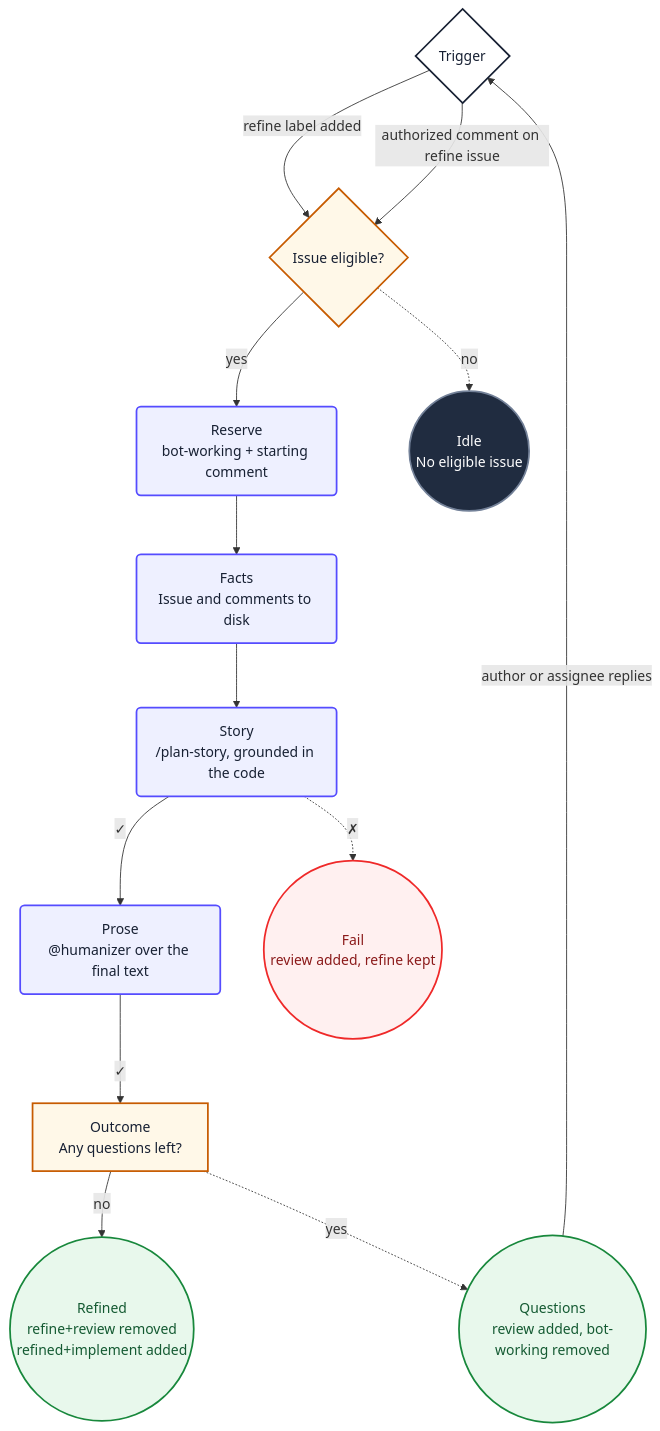
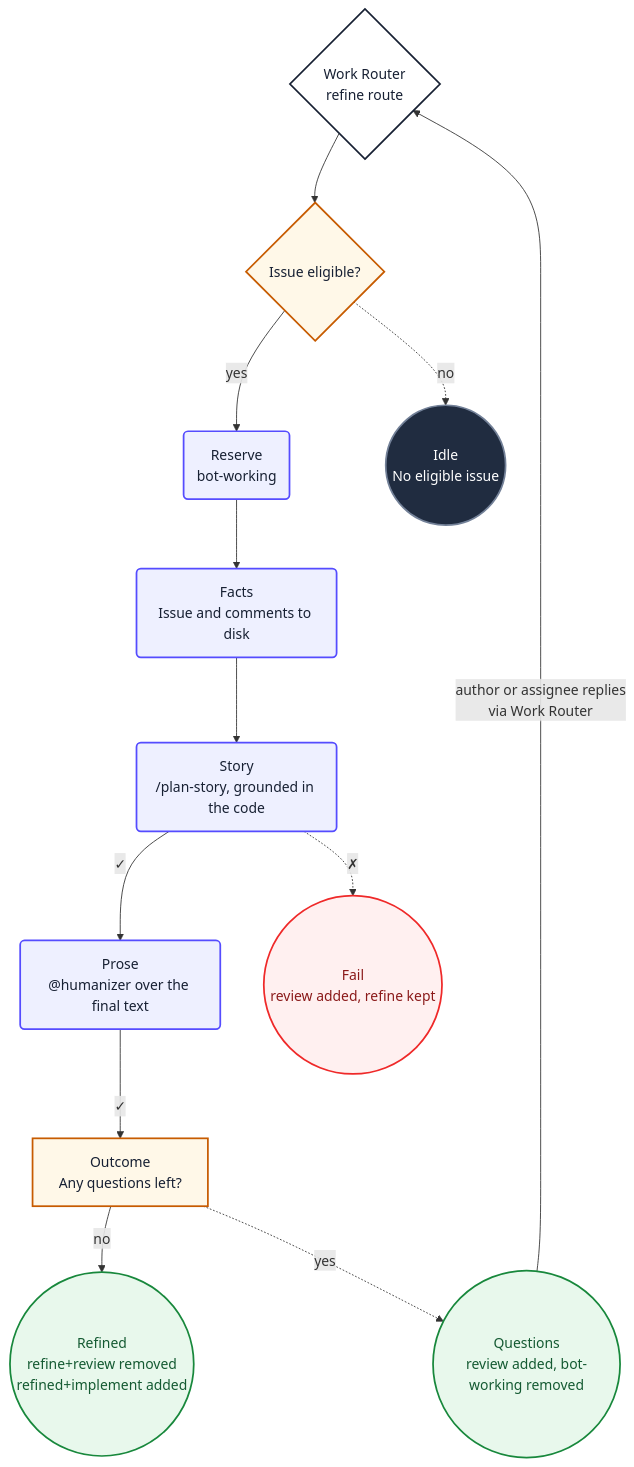
The diagram in ai/workflows/refine.md (PlainConceptsPlatform/Foundations), drawn with Mermaid before and after one commit. The commit also changed other lines of this file and 29 other files, not shown here.

````diff
--- a/ai/workflows/refine.md
+++ b/ai/workflows/refine.md
@@ -332,34 +232,32 @@
 ```mermaid
 flowchart TD
-    refStart{"Trigger"}
-    refStart -->|refine label added| refPick
-    refStart -->|authorized comment on refine issue| refPick
+    refStart{"Work Router<br/>refine route"} --> refPick
     refPick{"Issue eligible?"} -->|yes| refReserve
     refPick -.->|no| refIdle
-    refReserve("Reserve<br/>bot-working + starting comment") --> refFacts
+    refReserve("Reserve<br/>bot-working") --> refFacts
     refFacts("Facts<br/>Issue and comments to disk") --> refStory
     refStory("Story<br/>/plan-story, grounded in the code") -->|✓| refProse
     refStory -.->|✗| refFail
     refProse("Prose<br/>@humanizer over the final text") -->|✓| refOutcome
     refOutcome["Outcome<br/>Any questions left?"] -->|no| refDone
     refOutcome -.->|yes| refAsk
     refDone(("Refined<br/>refine+review removed<br/>refined+implement added"))
     refAsk(("Questions<br/>review added, bot-working removed"))
-    refAsk -->|author or assignee replies| refStart
+    refAsk -->|author or assignee replies<br/>via Work Router| refStart
     refIdle(("Idle<br/>No eligible issue"))
     refFail(("Fail<br/>review added, refine kept"))
 
     classDef start fill:#ffffff,stroke:#172033,stroke-width:2px,color:#172033
     classDef action fill:#eef0ff,stroke:#554cff,stroke-width:2px,color:#172033
     classDef decision fill:#fff8e8,stroke:#c75b00,stroke-width:2px,color:#172033
     classDef idle fill:#202c40,stroke:#738198,stroke-width:2px,color:#ffffff
     classDef failure fill:#fff0f0,stroke:#ef2929,stroke-width:2px,color:#8b1a1a
     classDef success fill:#e8f8ec,stroke:#18883c,stroke-width:2px,color:#145a32
 
     class refStart start
     class refReserve,refFacts,refStory,refProse action
     class refPick,refOutcome decision
     class refIdle idle
     class refFail failure
     class refDone,refAsk success
 ```
````
